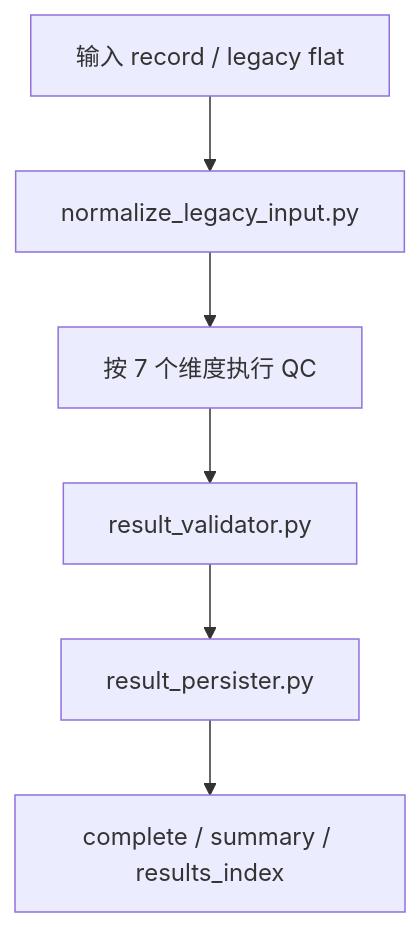
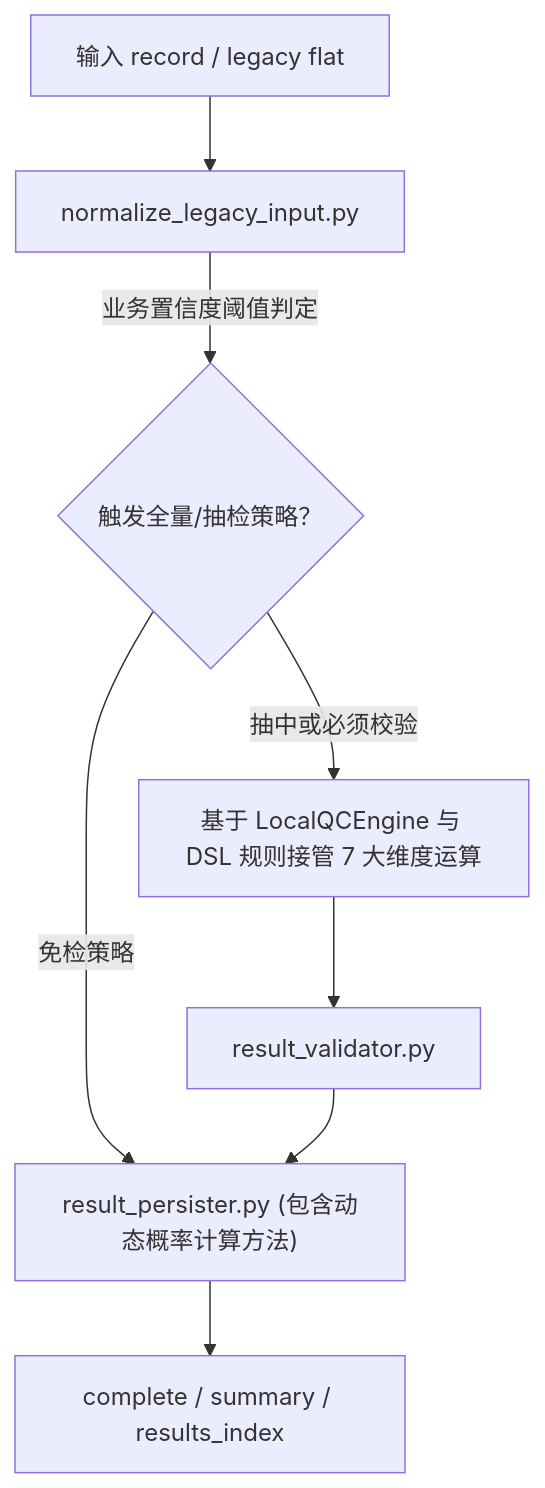
One commit to xyx593999449-ai/bigpoi-verification-v1.1.0 changed the diagram in Quality/BigPoi-verification-qc/README.md. Above: the diagram before and after it, drawn with Mermaid. The commit also changed 41 other files, not shown here.

````diff
--- a/Quality/BigPoi-verification-qc/README.md
+++ b/Quality/BigPoi-verification-qc/README.md
@@ -54,8 +54,10 @@
 ```mermaid
 flowchart TD
     A["输入 record / legacy flat"] --> B["normalize_legacy_input.py"]
-    B --> C["按 7 个维度执行 QC"]
+    B --> |"业务置信度阈值判定"| GATE{"触发全量/抽检策略？"}
+    GATE --> |"抽中或必须校验"| C["基于 LocalQCEngine 与 DSL 规则接管 7 大维度运算"]
+    GATE --> |"免检策略"| E["直接放行 (Qualified)"]
     C --> D["result_validator.py"]
-    D --> E["result_persister.py"]
+    D --> E["result_persister.py (包含动态概率计算方法)"]
     E --> F["complete / summary / results_index"]
 ```
````
